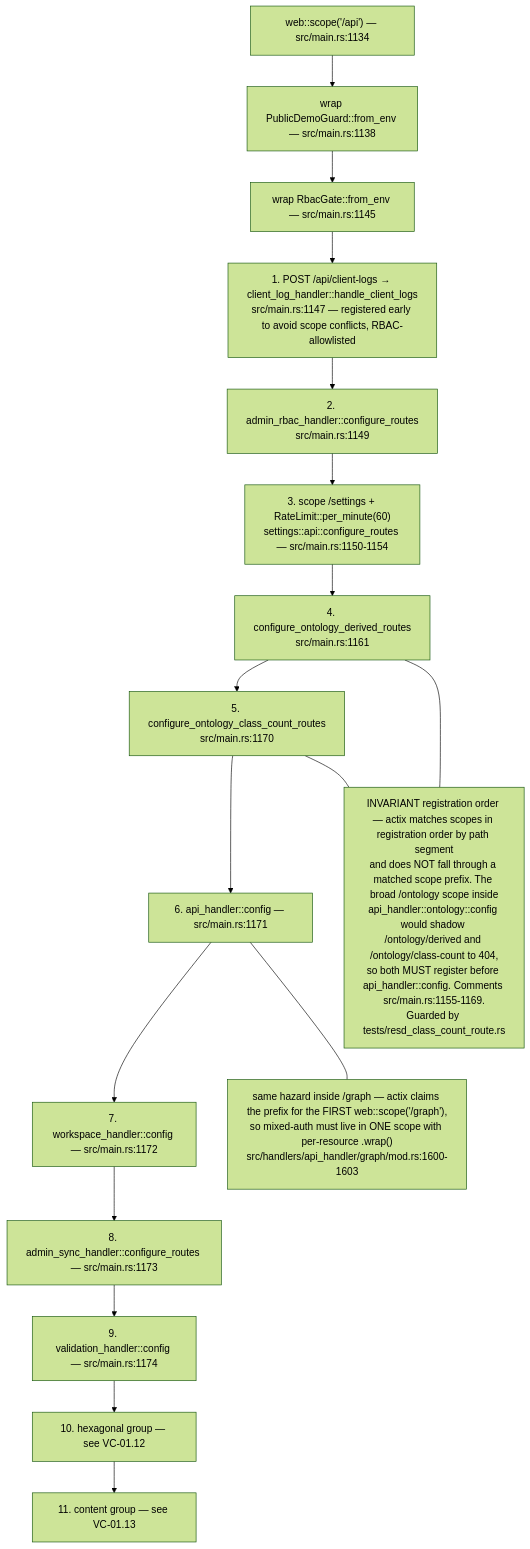
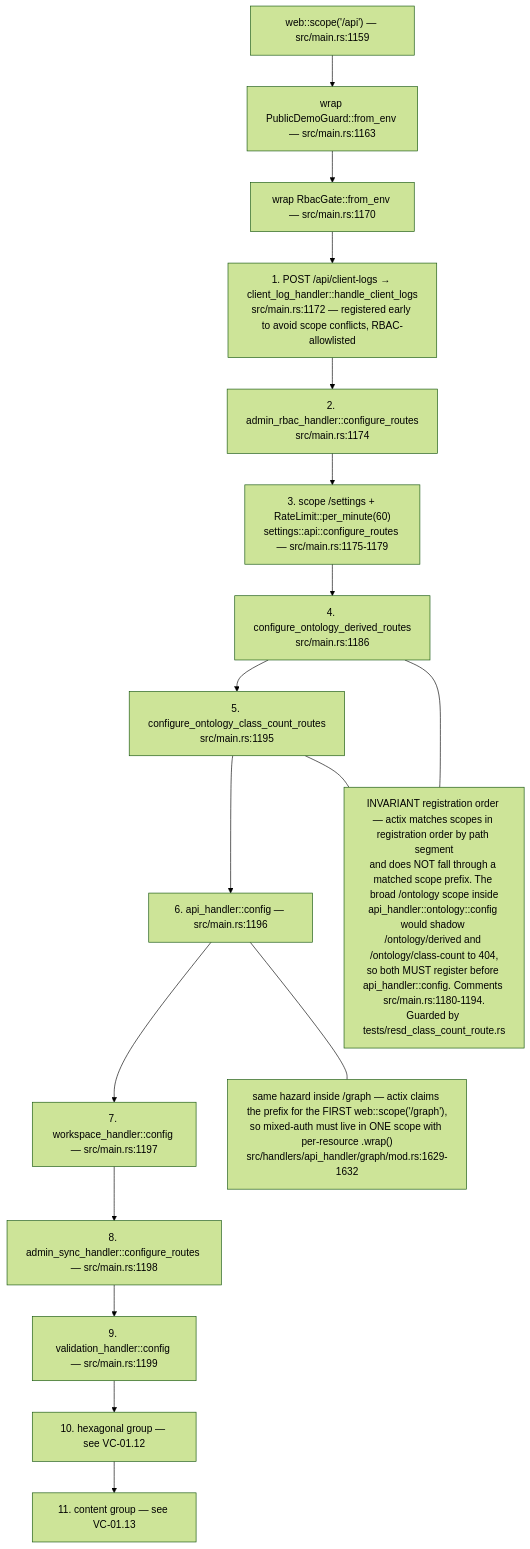
Before and after one commit to DreamLab-AI/VisionFlow: the eighth of 13 diagrams in docs/diagrams/visionclaw/01-boot-and-app-state.md, drawn with Mermaid (forest theme). The commit also changed other lines of this file and 46 other files, not shown here.

Commit message:
docs(diagrams): re-verify VisionClaw topics at 809a859aa/a950f4d80 after the consolidation pass

````diff
--- a/docs/diagrams/visionclaw/01-boot-and-app-state.md
+++ b/docs/diagrams/visionclaw/01-boot-and-app-state.md
@@ -397,22 +396,22 @@
 ```mermaid
 flowchart TB
-    S["web::scope('/api') — src/main.rs:1134"]
-    S --> G1["wrap PublicDemoGuard::from_env — src/main.rs:1138"]
-    G1 --> G2["wrap RbacGate::from_env — src/main.rs:1145"]
-    G2 --> R1["1. POST /api/client-logs → client_log_handler::handle_client_logs<br/>src/main.rs:1147 — registered early to avoid scope conflicts, RBAC-allowlisted"]
-    R1 --> R2["2. admin_rbac_handler::configure_routes<br/>src/main.rs:1149"]
-    R2 --> R3["3. scope /settings + RateLimit::per_minute(60)<br/>settings::api::configure_routes — src/main.rs:1150-1154"]
-    R3 --> R4["4. configure_ontology_derived_routes<br/>src/main.rs:1161"]
-    R4 --> R5["5. configure_ontology_class_count_routes<br/>src/main.rs:1170"]
-    R5 --> R6["6. api_handler::config — src/main.rs:1171"]
-    R6 --> R7["7. workspace_handler::config — src/main.rs:1172"]
-    R7 --> R8["8. admin_sync_handler::configure_routes — src/main.rs:1173"]
-    R8 --> R9["9. validation_handler::config — src/main.rs:1174"]
+    S["web::scope('/api') — src/main.rs:1159"]
+    S --> G1["wrap PublicDemoGuard::from_env — src/main.rs:1163"]
+    G1 --> G2["wrap RbacGate::from_env — src/main.rs:1170"]
+    G2 --> R1["1. POST /api/client-logs → client_log_handler::handle_client_logs<br/>src/main.rs:1172 — registered early to avoid scope conflicts, RBAC-allowlisted"]
+    R1 --> R2["2. admin_rbac_handler::configure_routes<br/>src/main.rs:1174"]
+    R2 --> R3["3. scope /settings + RateLimit::per_minute(60)<br/>settings::api::configure_routes — src/main.rs:1175-1179"]
+    R3 --> R4["4. configure_ontology_derived_routes<br/>src/main.rs:1186"]
+    R4 --> R5["5. configure_ontology_class_count_routes<br/>src/main.rs:1195"]
+    R5 --> R6["6. api_handler::config — src/main.rs:1196"]
+    R6 --> R7["7. workspace_handler::config — src/main.rs:1197"]
+    R7 --> R8["8. admin_sync_handler::configure_routes — src/main.rs:1198"]
+    R8 --> R9["9. validation_handler::config — src/main.rs:1199"]
     R9 --> R10["10. hexagonal group — see VC-01.12"]
     R10 --> R11["11. content group — see VC-01.13"]
-    ORD["INVARIANT registration order — actix matches scopes in registration order by path segment<br/>and does NOT fall through a matched scope prefix. The broad /ontology scope inside<br/>api_handler::ontology::config would shadow /ontology/derived and /ontology/class-count to 404,<br/>so both MUST register before api_handler::config. Comments src/main.rs:1155-1169.<br/>Guarded by tests/resd_class_count_route.rs"]
+    ORD["INVARIANT registration order — actix matches scopes in registration order by path segment<br/>and does NOT fall through a matched scope prefix. The broad /ontology scope inside<br/>api_handler::ontology::config would shadow /ontology/derived and /ontology/class-count to 404,<br/>so both MUST register before api_handler::config. Comments src/main.rs:1180-1194.<br/>Guarded by tests/resd_class_count_route.rs"]
     R4 --- ORD
     R5 --- ORD
-    ORD2["same hazard inside /graph — actix claims the prefix for the FIRST web::scope('/graph'),<br/>so mixed-auth must live in ONE scope with per-resource .wrap()<br/>src/handlers/api_handler/graph/mod.rs:1600-1603"]
+    ORD2["same hazard inside /graph — actix claims the prefix for the FIRST web::scope('/graph'),<br/>so mixed-auth must live in ONE scope with per-resource .wrap()<br/>src/handlers/api_handler/graph/mod.rs:1629-1632"]
     R6 --- ORD2
 ```
````
